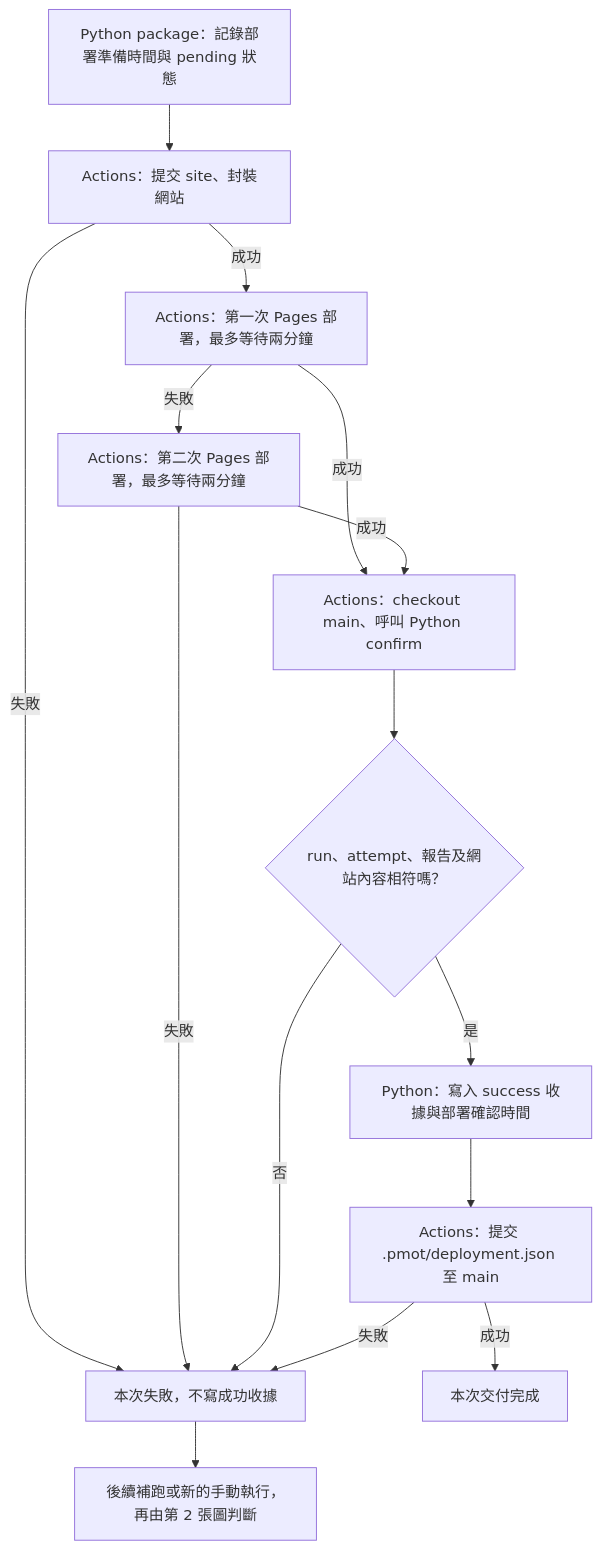
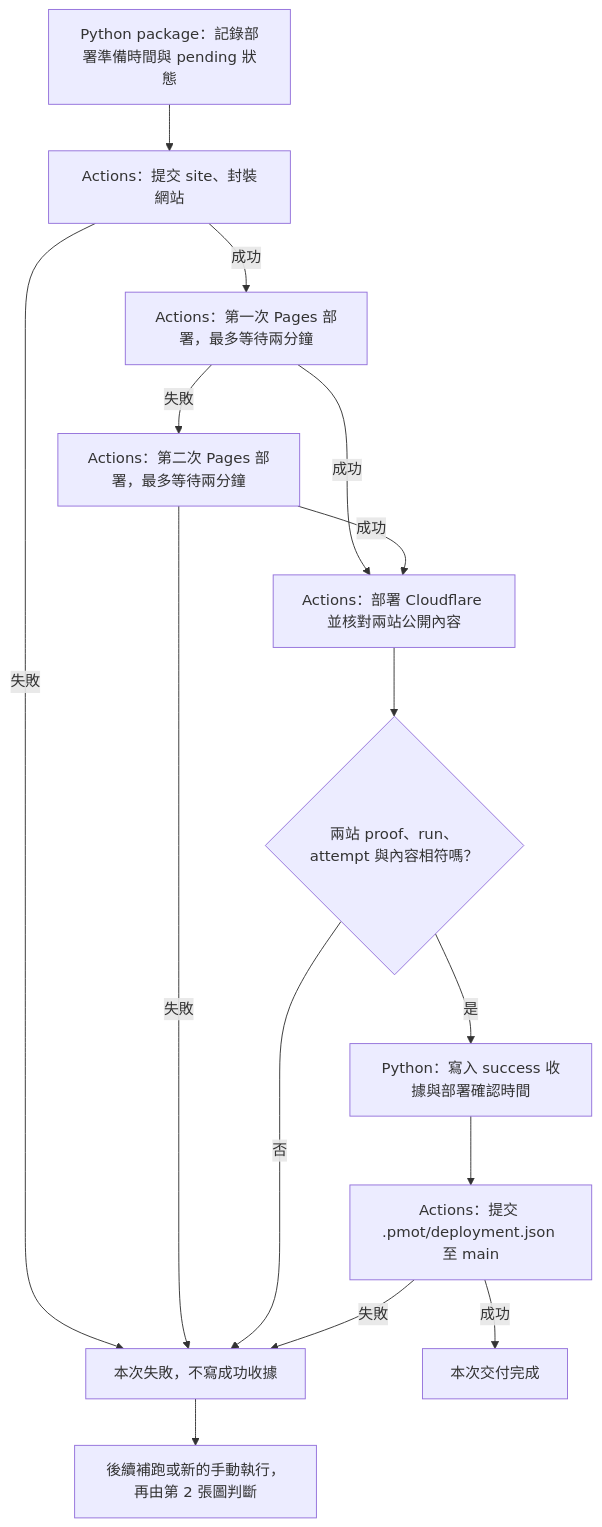
Before and after one commit to cjw9223233/PMOT: the fourth of 6 diagrams in docs/AUTOMATION.md, drawn with Mermaid. The commit also changed other lines of this file and 20 other files, not shown here.

````diff
--- a/docs/AUTOMATION.md
+++ b/docs/AUTOMATION.md
@@ -120,17 +122,17 @@
 ```mermaid
 flowchart TD
     A[Python package：記錄部署準備時間與 pending 狀態] --> B[Actions：提交 site、封裝網站]
     B -->|成功| C[Actions：第一次 Pages 部署，最多等待兩分鐘]
     B -->|失敗| FAIL[本次失敗，不寫成功收據]
-    C -->|成功| E[Actions：checkout main、呼叫 Python confirm]
+    C -->|成功| E[Actions：部署 Cloudflare 並核對兩站公開內容]
     C -->|失敗| D[Actions：第二次 Pages 部署，最多等待兩分鐘]
     D -->|成功| E
     D -->|失敗| FAIL
-    E --> F{run、attempt、報告及網站內容相符嗎？}
+    E --> F{兩站 proof、run、attempt 與內容相符嗎？}
     F -->|否| FAIL
     F -->|是| G[Python：寫入 success 收據與部署確認時間]
     G --> H[Actions：提交 .pmot/deployment.json 至 main]
     H -->|成功| DONE[本次交付完成]
     H -->|失敗| FAIL
     FAIL --> NEXT[後續補跑或新的手動執行，再由第 2 張圖判斷]
 ```
````
